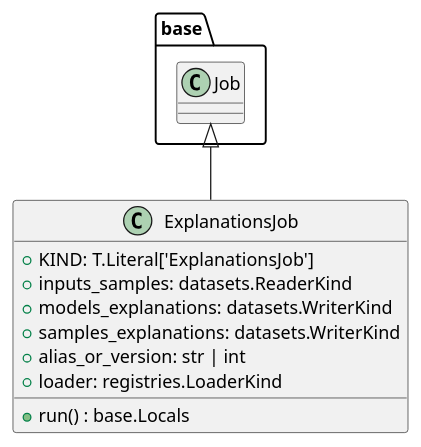
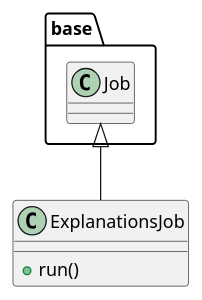
Before and after one commit to lgcorzo/llmops-python-package: the diagram in openwiki/src/autogen_team/application/jobs/explanations.md, drawn with PlantUML. The commit also changed other lines of this file and 77 other files, not shown here.

````diff
--- a/openwiki/src/autogen_team/application/jobs/explanations.md
+++ b/openwiki/src/autogen_team/application/jobs/explanations.md
@@ -52,14 +86,8 @@
 ```plantuml
 @startuml
-    base.Job <|-- ExplanationsJob
-    class ExplanationsJob {
-        +KIND: T.Literal['ExplanationsJob']
-        +inputs_samples: datasets.ReaderKind
-        +models_explanations: datasets.WriterKind
-        +samples_explanations: datasets.WriterKind
-        +alias_or_version: str | int
-        +loader: registries.LoaderKind
-        +run() : base.Locals
-    }
+class ExplanationsJob {
+  + run()
+}
+base.Job <|-- ExplanationsJob
 @enduml
 ```
````
